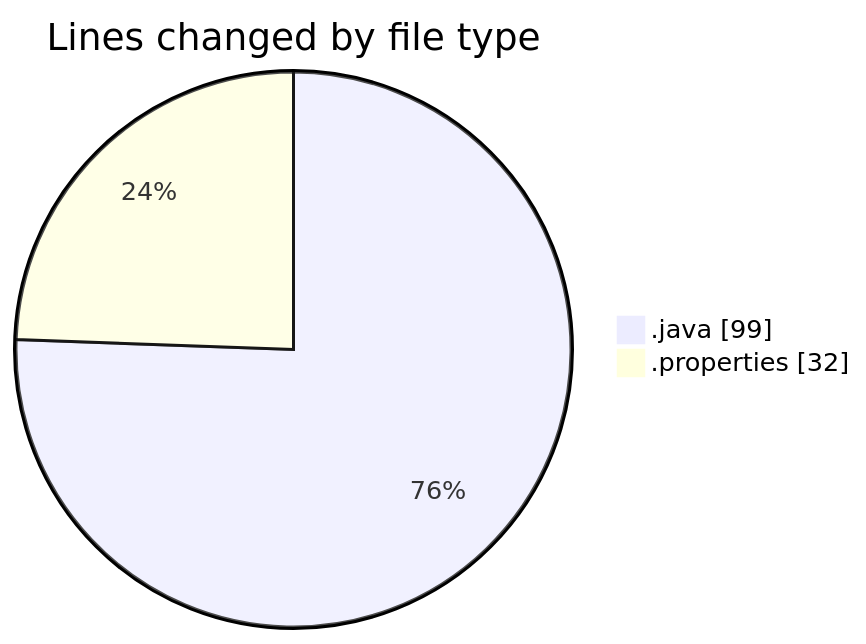
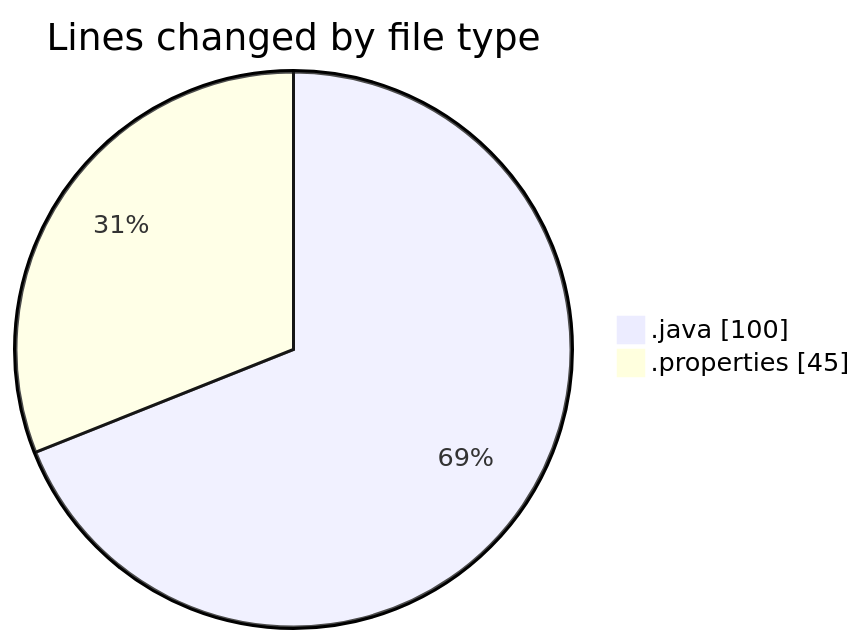
The first of 2 diagrams in 2026-03-03/cilapp/README.md (ricardozamudiocil/code-tracking), drawn with Mermaid before and after one commit. The commit also changed other lines of this file and 1 other file, not shown here.

````diff
--- a/2026-03-03/cilapp/README.md
+++ b/2026-03-03/cilapp/README.md
@@ -21,6 +21,6 @@
 ```mermaid
 pie showData
 title Lines changed by file type
-".java" : 99
-".properties" : 32
+".java" : 100
+".properties" : 45
 ```
````
